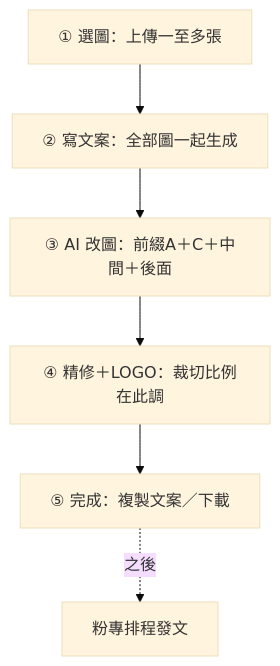
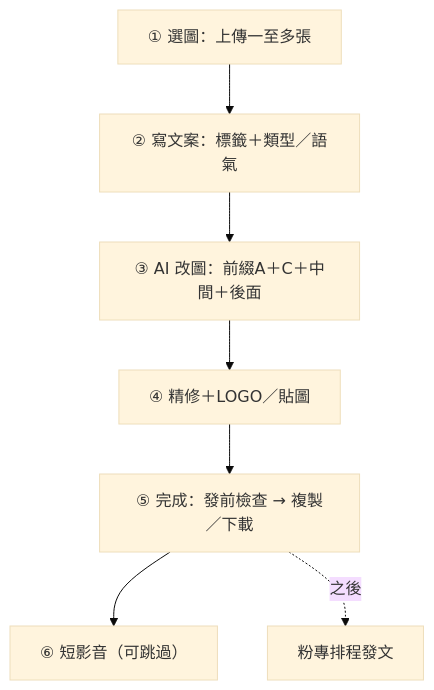
The diagram in SPEC/21_FB_POST_STUDIO_SPEC.md (nephi4377/liff-checkin), drawn with Mermaid (base theme) before and after one commit. The commit also changed other lines of this file and 10 other files, not shown here.

````diff
--- a/SPEC/21_FB_POST_STUDIO_SPEC.md
+++ b/SPEC/21_FB_POST_STUDIO_SPEC.md
@@ -20,8 +21,9 @@
 ```mermaid
 flowchart TB
-  S1["① 選圖：上傳一至多張"] --> S2["② 寫文案：全部圖一起生成"]
+  S1["① 選圖：上傳一至多張"] --> S2["② 寫文案：標籤＋類型／語氣"]
   S2 --> S3["③ AI 改圖：前綴A＋C＋中間＋後面"]
-  S3 --> S4["④ 精修＋LOGO：裁切比例在此調"]
-  S4 --> S5["⑤ 完成：複製文案／下載"]
+  S3 --> S4["④ 精修＋LOGO／貼圖"]
+  S4 --> S5["⑤ 完成：發前檢查 → 複製／下載"]
+  S5 --> S6["⑥ 短影音（可跳過）"]
   S5 -.->|"之後"| Schedule["粉專排程發文"]
 ```
````
